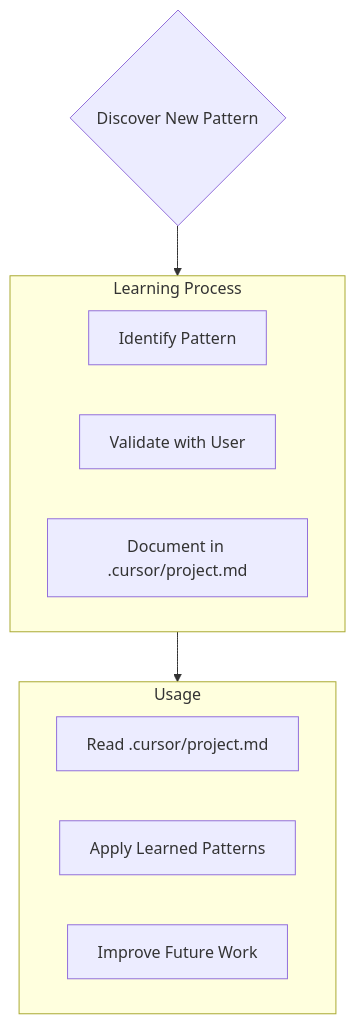
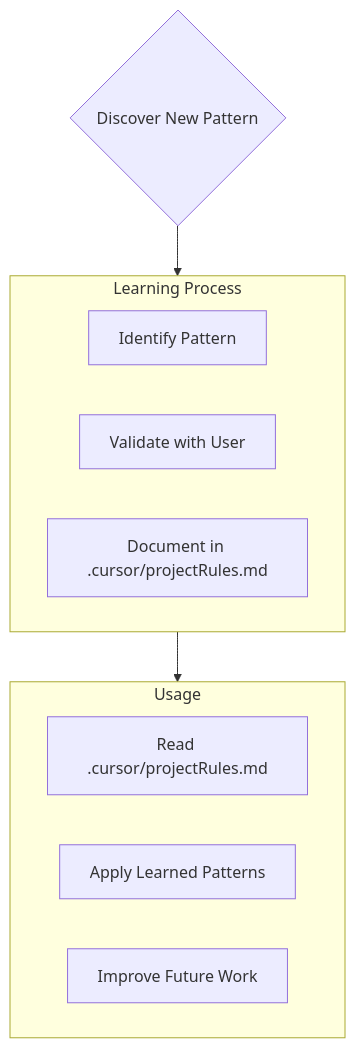
Before and after one commit to armedi/cursorrules: the fifth of 5 diagrams in core.md, drawn with Mermaid. The commit also changed other lines of this file and 1 other file, not shown here.

Commit message:
Rename project.md to projectRules.md in core documentation

````diff
--- a/core.md
+++ b/core.md
@@ -160,19 +160,19 @@
 ```mermaid
 flowchart TD
     Start{Discover New Pattern}
 
     subgraph Learn [Learning Process]
         D1[Identify Pattern]
         D2[Validate with User]
-        D3[Document in .cursor/project.md]
+        D3[Document in .cursor/projectRules.md]
     end
 
     subgraph Apply [Usage]
-        A1[Read .cursor/project.md]
+        A1[Read .cursor/projectRules.md]
         A2[Apply Learned Patterns]
         A3[Improve Future Work]
     end
 
     Start --> Learn
     Learn --> Apply
 ```
````
